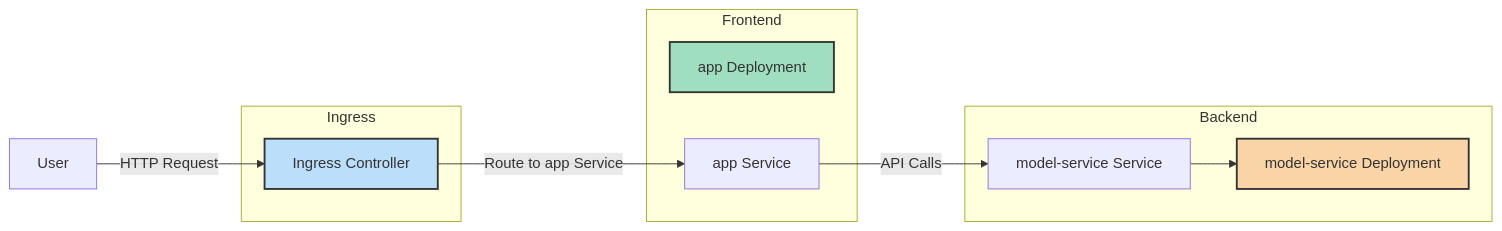
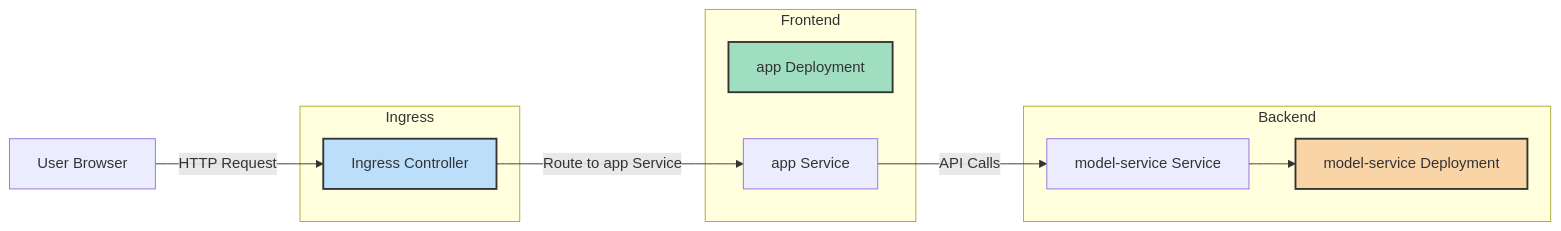
One commit to remla25-team1/operation changed the second of 3 diagrams in docs/deployment.md. Above: the diagram before and after it, drawn with Mermaid. The commit also changed other lines of this file and 3 other files, not shown here.

````diff
--- a/docs/deployment.md
+++ b/docs/deployment.md
@@ -39,27 +78,27 @@
 ```mermaid
 graph LR
   subgraph Frontend
     APP[app Deployment]
     APPSVC[app Service]
   end
 
   subgraph Backend
     MODEL[model-service Deployment]
     MODELSVC[model-service Service]
   end
 
   subgraph Ingress
     INGRESS[Ingress Controller]
   end
 
-  USER[User]
+  USER[User Browser]
 
   USER -->|HTTP Request| INGRESS
   INGRESS -->|Route to app Service| APPSVC
   APPSVC -->|API Calls| MODELSVC
   MODELSVC --> MODEL
 
   style APP fill:#9fdfbf,stroke:#333,stroke-width:2px
   style MODEL fill:#f9d4a6,stroke:#333,stroke-width:2px
   style INGRESS fill:#bbdefb,stroke:#333,stroke-width:2px
 ```
````
